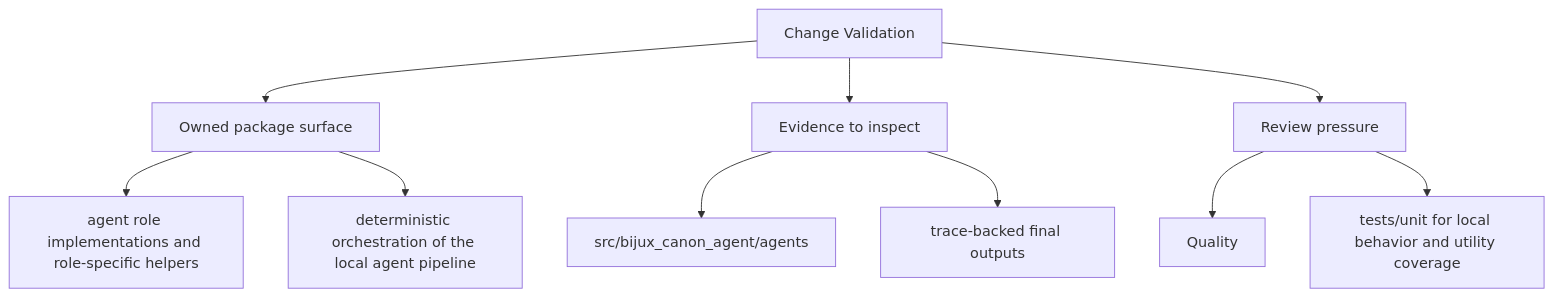
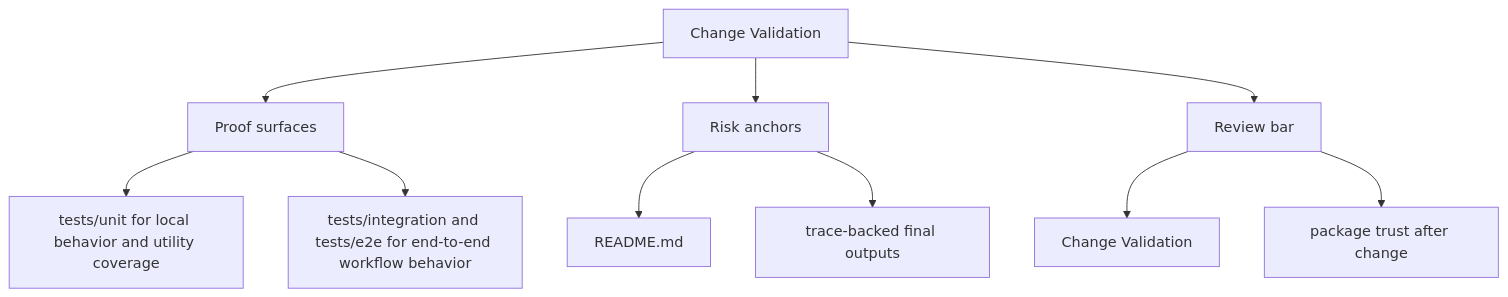
The second of 2 diagrams in docs/bijux-canon-agent/quality/change-validation.md (bijux/bijux-canon), drawn with Mermaid before and after one commit. The commit also changed other lines of this file and 250 other files, not shown here.

Commit message:
docs(diagrams): make product page maps more readable

````diff
--- a/docs/bijux-canon-agent/quality/change-validation.md
+++ b/docs/bijux-canon-agent/quality/change-validation.md
@@ -33,22 +33,22 @@
 ```mermaid
 flowchart TD
     page["Change Validation"]
-    focus1["Owned package surface"]
+    focus1["Proof surfaces"]
     page --> focus1
-    focus1_1["agent role implementations and role-specific helpers"]
+    focus1_1["tests/unit for local behavior and utility coverage"]
     focus1 --> focus1_1
-    focus1_2["deterministic orchestration of the local agent pipeline"]
+    focus1_2["tests/integration and tests/e2e for end-to-end workflow behavior"]
     focus1 --> focus1_2
-    focus2["Evidence to inspect"]
+    focus2["Risk anchors"]
     page --> focus2
-    focus2_1["src/bijux_canon_agent/agents"]
+    focus2_1["README.md"]
     focus2 --> focus2_1
     focus2_2["trace-backed final outputs"]
     focus2 --> focus2_2
-    focus3["Review pressure"]
+    focus3["Review bar"]
     page --> focus3
-    focus3_1["Quality"]
+    focus3_1["Change Validation"]
     focus3 --> focus3_1
-    focus3_2["tests/unit for local behavior and utility coverage"]
+    focus3_2["package trust after change"]
     focus3 --> focus3_2
 ```
````
